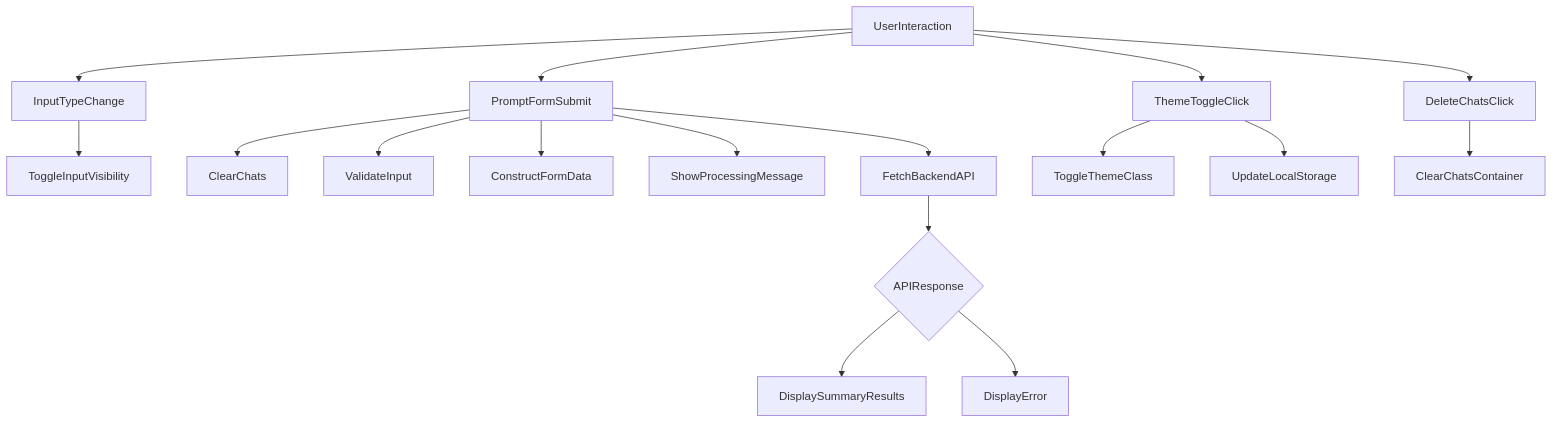
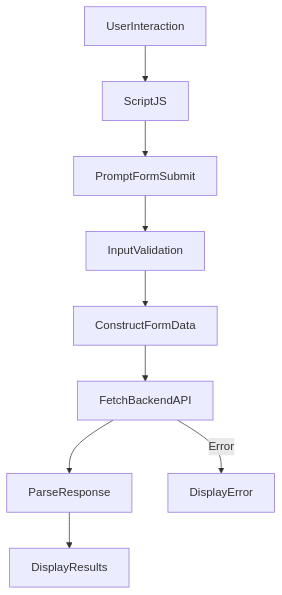
Before and after one commit to test-company-prowiz/Note-Summerizer: the diagram in docs/script.js.md, drawn with Mermaid. The commit also changed other lines of this file and 2 other files, not shown here.

````diff
--- a/docs/script.js.md
+++ b/docs/script.js.md
@@ -61,23 +54,11 @@
 ```mermaid
 graph TD
-A[UserInteraction] --> B[PromptFormSubmit]
-A --> C[InputTypeChange]
-A --> D[ThemeToggleClick]
-A --> E[DeleteChatsClick]
-
-C --> F[ToggleInputVisibility]
-
-B --> G[ClearChats]
-B --> H[ValidateInput]
-B --> I[ConstructFormData]
-B --> J[ShowProcessingMessage]
-B --> K[FetchBackendAPI]
-K --> L{APIResponse}
-L --> M[DisplaySummaryResults]
-L --> N[DisplayError]
-
-D --> O[ToggleThemeClass]
-D --> P[UpdateLocalStorage]
-
-E --> Q[ClearChatsContainer]
+A[UserInteraction] --> B[ScriptJS]
+B --> C[PromptFormSubmit]
+C --> D[InputValidation]
+D --> E[ConstructFormData]
+E --> F[FetchBackendAPI]
+F --> G[ParseResponse]
+G --> H[DisplayResults]
+F -- Error --> I[DisplayError]
 ```
````
